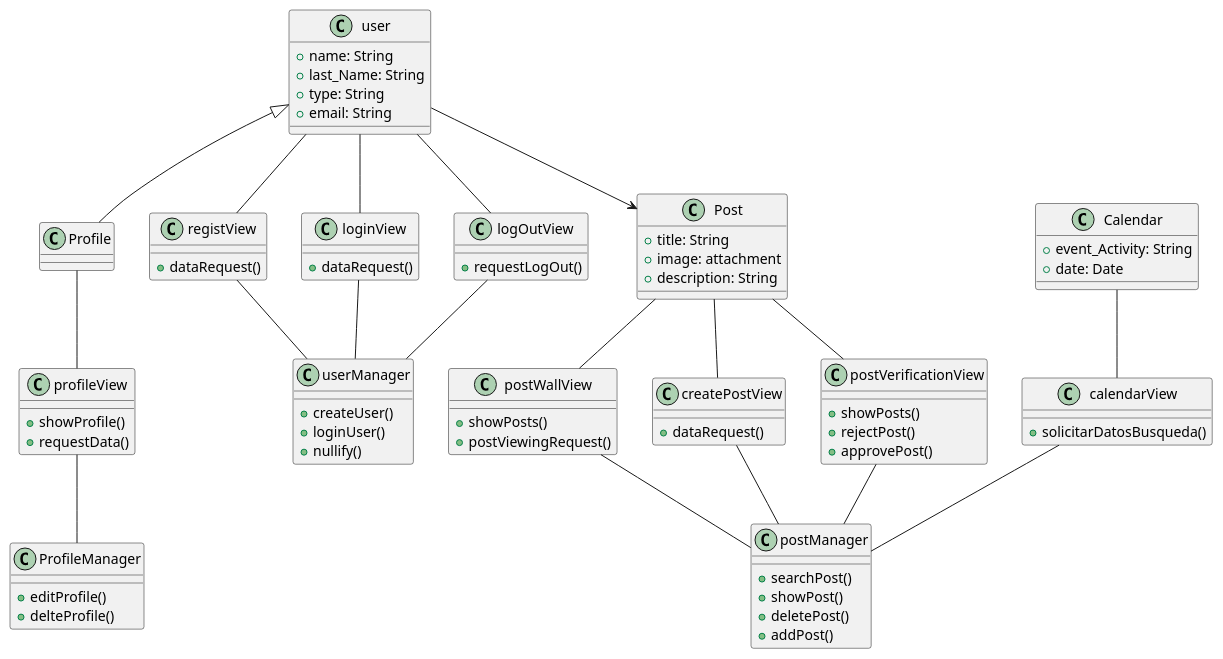
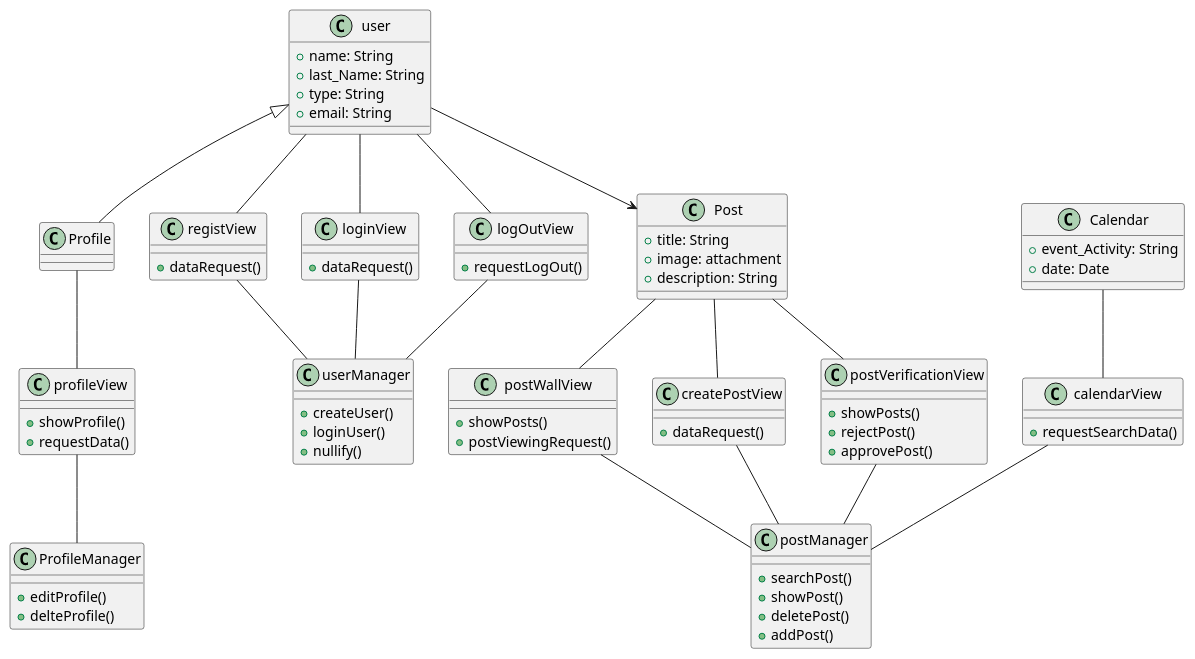
Before and after one commit to Dayannis-07/ING_SOFT: the diagram in docs/scenariosView/AnalysisClassDiagram.plantuml, drawn with PlantUML. The commit also changed 4 other files, not shown here.

Commit message:
update diagram reto 12

```diff
--- a/docs/scenariosView/AnalysisClassDiagram.plantuml
+++ b/docs/scenariosView/AnalysisClassDiagram.plantuml
@@ -1,82 +1,81 @@
-@startuml
+@startuml classDiagram
 class user{
  +name: String
     +last_Name: String
     +type: String
     +email: String
 }
 class Post{
  +title: String
     +image: attachment
     +description: String
 }
 class Profile{}
 class profileView{
 +showProfile()
 +requestData()
 }
 class ProfileManager{
 +editProfile()
 +delteProfile()
-
 }
 class Calendar{
     +event_Activity: String
     +date: Date
 }
 class registView{
    +dataRequest()
 }
 class userManager{
      +createUser()
      +loginUser()
      +nullify()
 }
 class loginView{
 +dataRequest()
 }
 class postWallView{
   +showPosts()
   +postViewingRequest()
 }
 class createPostView{
  +dataRequest()
 }
 class postManager{
 +searchPost()
 +showPost()
 +deletePost()
 +addPost()
 }
 class postVerificationView{
 +showPosts()
 +rejectPost()
 +approvePost()
 }
 class calendarView{
-+solicitarDatosBusqueda()
++requestSearchData()
 }
 
 class logOutView{
 +requestLogOut()
 }
 
 user <|--Profile
 user-- registView
 user-- logOutView
 logOutView-- userManager
 registView-- userManager
 user-- loginView
 loginView-- userManager
 Profile--profileView
 profileView--ProfileManager
 Post--postWallView
 Post-- postVerificationView
 Post-- createPostView
 Calendar--calendarView
 postWallView--postManager
 createPostView--postManager
 postVerificationView--postManager
 calendarView--postManager
 user-->Post 
 @enduml
```
